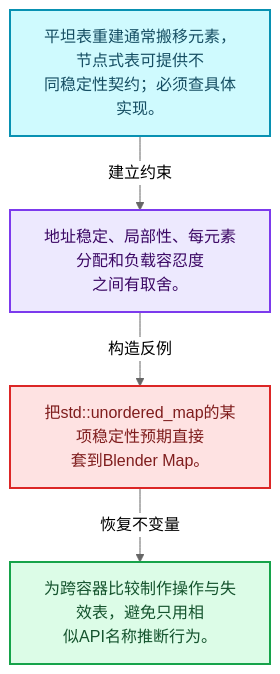
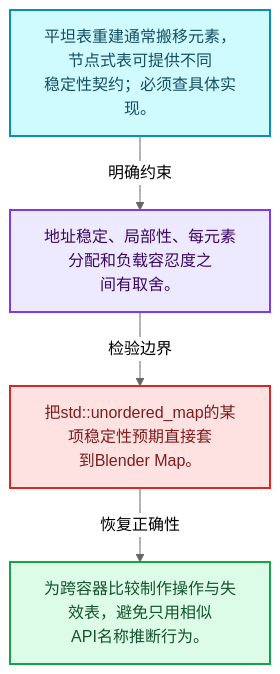
The first of 4 diagrams in 杂/markdown/全面学习-codex/02-哈希表与关联数据结构/10-浮点修复与基础库对比.md (yunkezengren/blender-.vscode), drawn with Mermaid (neutral theme) before and after one commit. The commit also changed other lines of this file and 1930 other files, not shown here.

````diff
--- a/杂/markdown/全面学习-codex/02-哈希表与关联数据结构/10-浮点修复与基础库对比.md
+++ b/杂/markdown/全面学习-codex/02-哈希表与关联数据结构/10-浮点修复与基础库对比.md
@@ -29,16 +29,16 @@
 ```mermaid
 flowchart TB
-  M["平坦表重建通常搬移元素，节点式表可提供不<br/>同稳定性契约；必须查具体实现。"]:::data
-  T["地址稳定、局部性、每元素分配和负载容忍度<br/>之间有取舍。"]:::abstraction
-  X["把std::unordered_map的某项稳定性预期直接<br/>套到Blender Map。"]:::error
-  A["为跨容器比较制作操作与失效表，避免只用相<br/>似API名称推断行为。"]:::result
-  M -->|"建立约束"| T
-  T -->|"构造反例"| X
-  X -->|"恢复不变量"| A
+  M["平坦表重建通常搬移元素，节点式表可提供不同<br/>稳定性契约；必须查具体实现。"]:::data
+  C["地址稳定、局部性、每元素分配和负载容忍度之<br/>间有取舍。"]:::abstraction
+  B["把std::unordered_map的某项稳定性预期直接套<br/>到Blender Map。"]:::error
+  R["为跨容器比较制作操作与失效表，避免只用相似<br/>API名称推断行为。"]:::result
+  M -->|"明确约束"| C
+  C -->|"检验边界"| B
+  B -->|"恢复正确性"| R
   classDef input fill:#DBEAFE,stroke:#2563EB,color:#172554,stroke-width:2px;
   classDef data fill:#CFFAFE,stroke:#0891B2,color:#164E63,stroke-width:2px;
   classDef abstraction fill:#EDE9FE,stroke:#7C3AED,color:#3B0764,stroke-width:2px;
   classDef compute fill:#FEF3C7,stroke:#D97706,color:#78350F,stroke-width:2px;
   classDef result fill:#DCFCE7,stroke:#16A34A,color:#14532D,stroke-width:2px;
   classDef error fill:#FEE2E2,stroke:#DC2626,color:#7F1D1D,stroke-width:2px;
 ```
````
